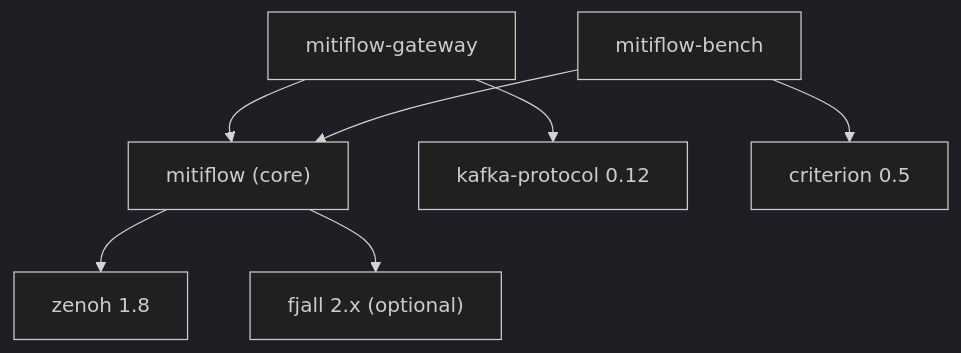
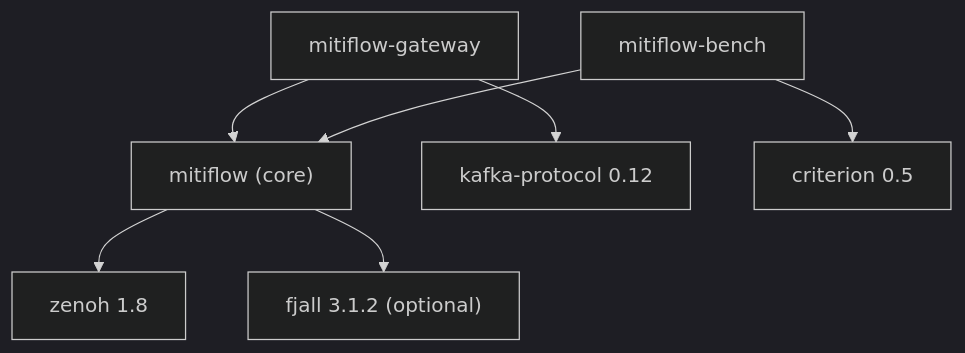
Before and after one commit to rosetta-lizentia/mitiflow: the first of 2 diagrams in docs/06_implementation_plan.md, drawn with Mermaid (dark theme). The commit also changed 34 other files, not shown here.

````diff
--- a/docs/06_implementation_plan.md
+++ b/docs/06_implementation_plan.md
@@ -33,9 +33,9 @@
 ```mermaid
 graph TD
     MG["mitiflow-gateway"] --> M["mitiflow (core)"]
     MB["mitiflow-bench"] --> M
     M --> Z["zenoh 1.8"]
-    M --> R["fjall 2.x (optional)"]
+    M --> R["fjall 3.1.2 (optional)"]
     MG --> KP["kafka-protocol 0.12"]
     MB --> CR["criterion 0.5"]
 ```
````
